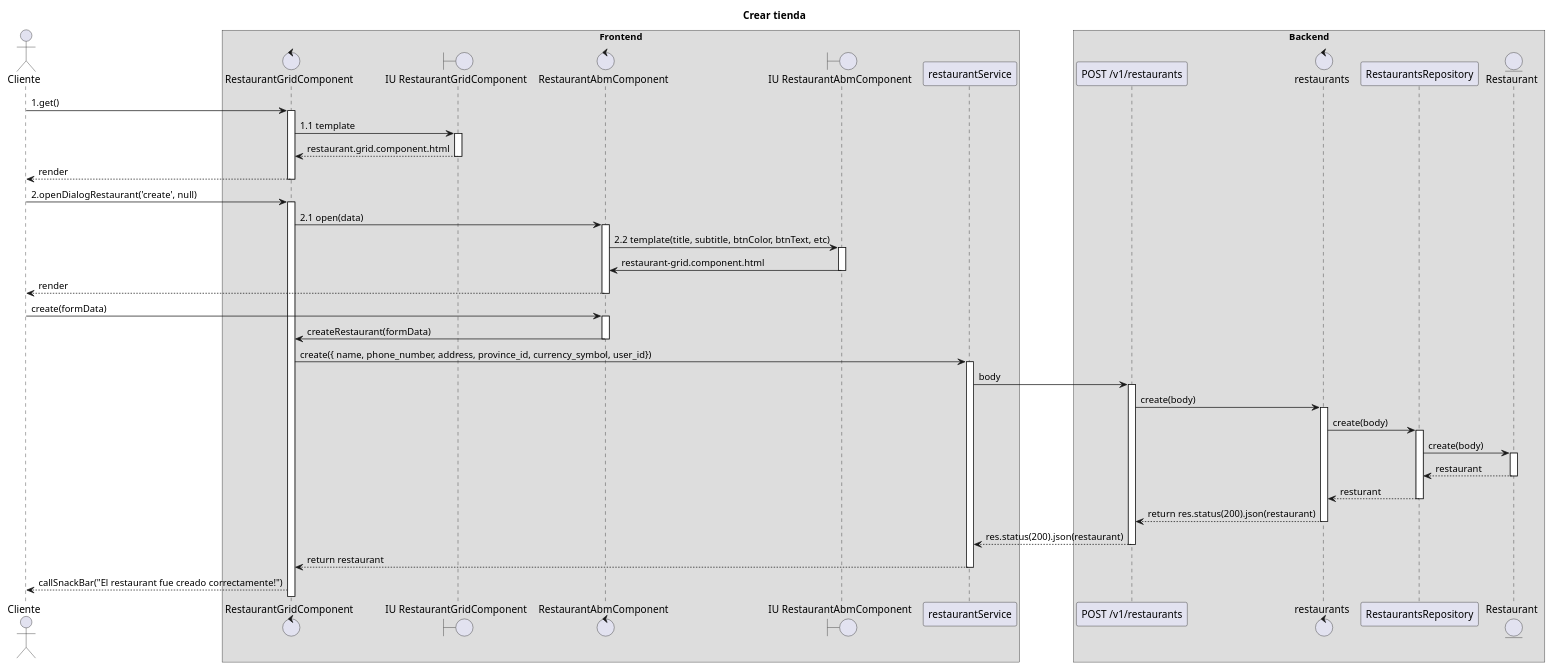
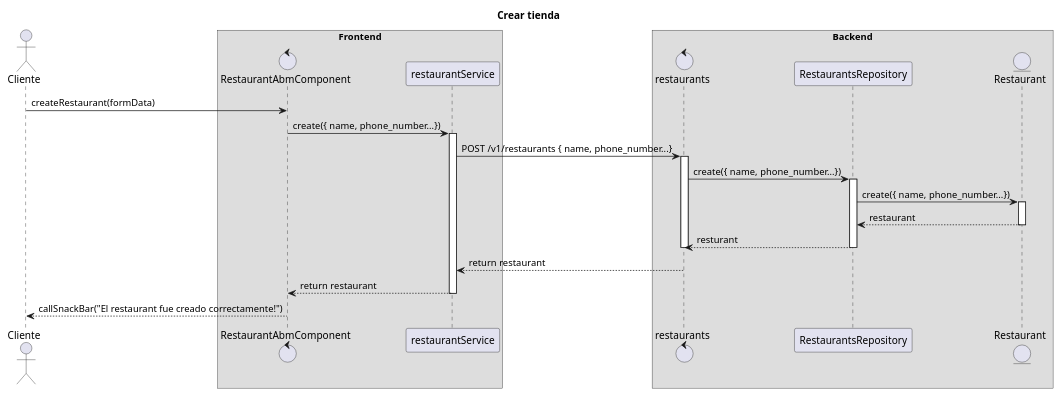
One commit to ml-cchiappone/is-um2023 changed the diagram in 3.Diseño/3.4 Diagramas de secuencia/crear_tienda.wsd. Above: the diagram before and after it, drawn with PlantUML. The commit also changed 36 other files, not shown here.

```diff
--- a/3.Diseño/3.4 Diagramas de secuencia/crear_tienda.wsd
+++ b/3.Diseño/3.4 Diagramas de secuencia/crear_tienda.wsd
@@ -1,57 +1,30 @@
 @startuml
 title Crear tienda
 actor Cliente
 box "Frontend"
-control RestaurantGridComponent
-boundary "IU RestaurantGridComponent"
-Cliente-> RestaurantGridComponent: 1.get()
-activate RestaurantGridComponent
-RestaurantGridComponent->"IU RestaurantGridComponent": 1.1 template
-activate "IU RestaurantGridComponent"
-"IU RestaurantGridComponent"-->RestaurantGridComponent: restaurant.grid.component.html
-deactivate "IU RestaurantGridComponent"
-RestaurantGridComponent-->Cliente: render
-deactivate RestaurantGridComponent
-Cliente-> RestaurantGridComponent: 2.openDialogRestaurant('create', null)
-activate RestaurantGridComponent
 control RestaurantAbmComponent
-RestaurantGridComponent->RestaurantAbmComponent: 2.1 open(data)
-activate RestaurantAbmComponent
-boundary "IU RestaurantAbmComponent"
-RestaurantAbmComponent->"IU RestaurantAbmComponent": 2.2 template(title, subtitle, btnColor, btnText, etc)
-activate "IU RestaurantAbmComponent"
-"IU RestaurantAbmComponent"->RestaurantAbmComponent: restaurant-grid.component.html
-deactivate "IU RestaurantAbmComponent"
-RestaurantAbmComponent-->Cliente: render
-deactivate RestaurantAbmComponent
-Cliente->RestaurantAbmComponent: create(formData)
-activate RestaurantAbmComponent
-RestaurantAbmComponent->RestaurantGridComponent: createRestaurant(formData)
-deactivate RestaurantAbmComponent
-RestaurantGridComponent->restaurantService:create({ name, phone_number, address, province_id, currency_symbol, user_id})
+
+Cliente->RestaurantAbmComponent: createRestaurant(formData)
+RestaurantAbmComponent->restaurantService:create({ name, phone_number...})
 activate restaurantService
 end box
 box "Backend"
-restaurantService->"POST /v1/restaurants": body
-activate "POST /v1/restaurants"
 control restaurants
-"POST /v1/restaurants"->restaurants: create(body)
+restaurantService->restaurants: POST /v1/restaurants { name, phone_number...}
 activate restaurants
-restaurants->RestaurantsRepository: create(body)
+restaurants->RestaurantsRepository: create({ name, phone_number...})
 activate RestaurantsRepository
 entity Restaurant
-RestaurantsRepository->Restaurant: create(body)
+RestaurantsRepository->Restaurant: create({ name, phone_number...})
 activate Restaurant
 Restaurant-->"RestaurantsRepository": restaurant
 deactivate Restaurant
 RestaurantsRepository-->restaurants: resturant
 deactivate RestaurantsRepository
 end box
-restaurants-->"POST /v1/restaurants": return res.status(200).json(restaurant)
 deactivate restaurants
-"POST /v1/restaurants"-->restaurantService: res.status(200).json(restaurant)
-deactivate "POST /v1/restaurants"
-restaurantService-->RestaurantGridComponent: return restaurant
+"restaurants"-->restaurantService: return restaurant
+restaurantService-->RestaurantAbmComponent: return restaurant
 deactivate restaurantService
-RestaurantGridComponent-->"Cliente": callSnackBar("El restaurant fue creado correctamente!")
+RestaurantAbmComponent-->"Cliente": callSnackBar("El restaurant fue creado correctamente!")
 @enduml
```
